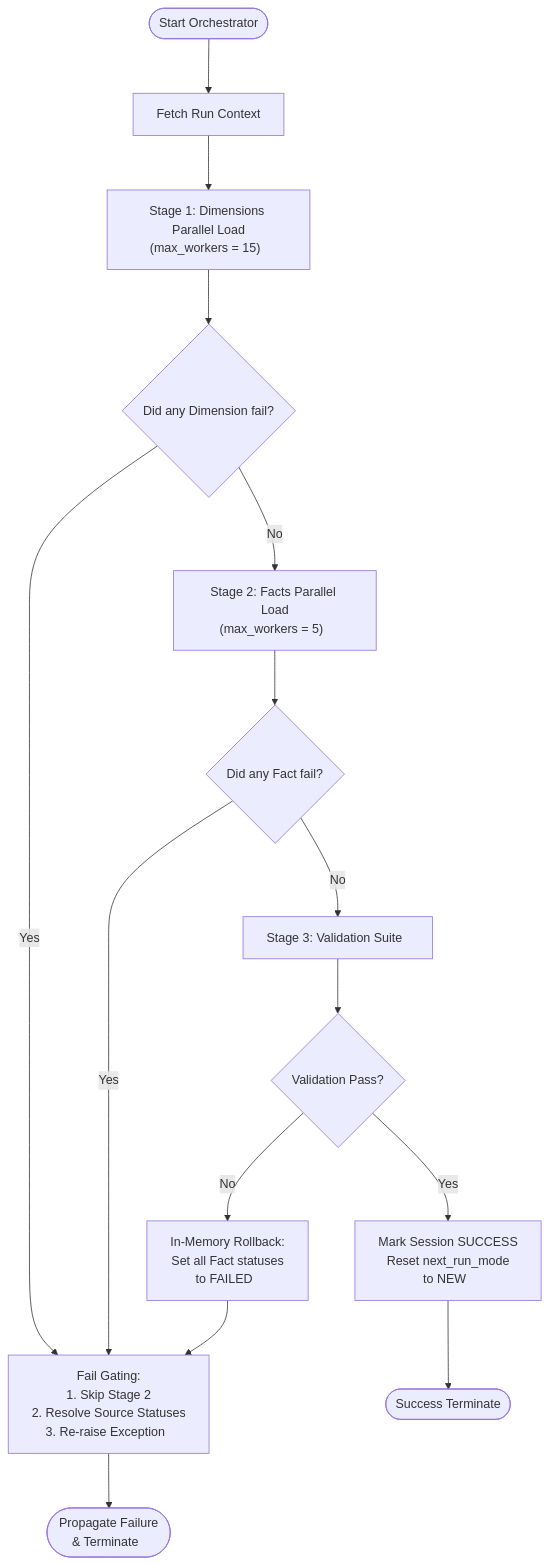
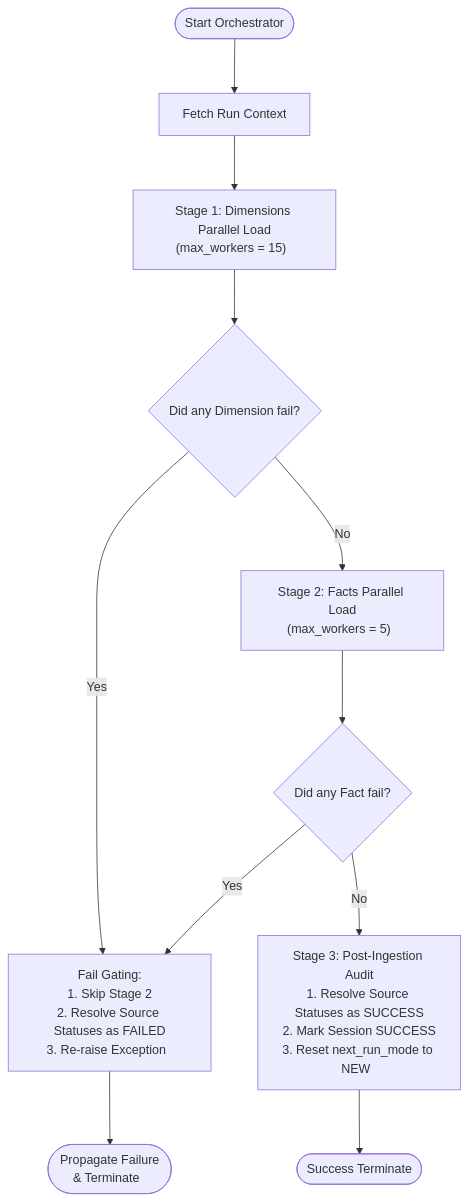
The second of 2 diagrams in docs/fabric-strategy-for-implementing-gold-layer/05-pipeline-recovery-and-run-modes.md (anhtnt90dev/rookies-data-dn-2026), drawn with Mermaid before and after one commit. The commit also changed other lines of this file and 3 other files, not shown here.

Commit message:
docs(gold): add comprehensive documentation for Gold layer architecture, orchestration, audit, and pipeline recovery strategies

````diff
--- a/docs/fabric-strategy-for-implementing-gold-layer/05-pipeline-recovery-and-run-modes.md
+++ b/docs/fabric-strategy-for-implementing-gold-layer/05-pipeline-recovery-and-run-modes.md
@@ -85,23 +85,19 @@
 ```mermaid
 %%{init: {"flowchart": {"htmlLabels": true, "nodeSpacing": 60, "rankSpacing": 70}}}%%
 graph TD
     Start([Start Orchestrator]) --> CheckMode[Fetch Run Context]
     CheckMode --> Stage1["Stage 1: Dimensions Parallel Load<br/>(max_workers = 15)&nbsp;&nbsp;"]
     
     Stage1 --> Result1{"Did any Dimension fail?"}
     
-    Result1 -->|Yes| FailResolve["Fail Gating:<br/>1. Skip Stage 2<br/>2. Resolve Source Statuses<br/>3. Re-raise Exception&nbsp;&nbsp;"]
+    Result1 -->|Yes| FailResolve["Fail Gating:<br/>1. Skip Stage 2<br/>2. Resolve Source Statuses as FAILED<br/>3. Re-raise Exception&nbsp;&nbsp;"]
     Result1 -->|No| Stage2["Stage 2: Facts Parallel Load<br/>(max_workers = 5)&nbsp;&nbsp;"]
     
     Stage2 --> Result2{"Did any Fact fail?"}
     
     Result2 -->|Yes| FailResolve
-    Result2 -->|No| Stage3["Stage 3: Validation Suite&nbsp;&nbsp;"]
+    Result2 -->|No| Stage3["Stage 3: Post-Ingestion Audit<br/>1. Resolve Source Statuses as SUCCESS<br/>2. Mark Session SUCCESS<br/>3. Reset next_run_mode to NEW&nbsp;&nbsp;"]
     
-    Stage3 --> Result3{"Validation Pass?"}
-    Result3 -->|No| FactRollback["In-Memory Rollback:<br/>Set all Fact statuses<br/>to FAILED&nbsp;&nbsp;"] --> FailResolve
-    Result3 -->|Yes| Success["Mark Session SUCCESS<br/>Reset next_run_mode<br/>to NEW&nbsp;&nbsp;"]
-    
+    Stage3 --> End([Success Terminate])
     FailResolve --> Abort(["Propagate Failure<br/>& Terminate&nbsp;&nbsp;"])
-    Success --> End([Success Terminate])
 ```
````
